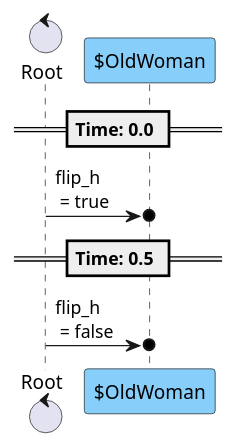
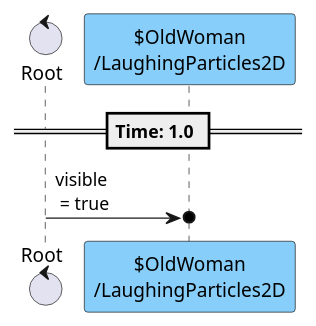
One commit to tkmfujise/Platformer-Game-Learning changed the sixth of 7 diagrams in content/scenes/src/dialogue/chapters/0/stage0.tscn.adoc. Above: the diagram before and after it, drawn with PlantUML. The commit also changed other lines of this file and 211 other files, not shown here.

```diff
--- a/content/scenes/src/dialogue/chapters/0/stage0.tscn.adoc
+++ b/content/scenes/src/dialogue/chapters/0/stage0.tscn.adoc
@@ -152,14 +243,12 @@
 [plantuml]
 ....
 control "Root" as R
-participant "$OldWoman" as T0 #87CEFA
+participant "$OldWoman\n/LaughingParticles2D" as T0 #87CEFA
 
 
 
-== Time: 0.0 ==
-R  ->o  T0 : flip_h\n = true
-== Time: 0.5 ==
-R  ->o  T0 : flip_h\n = false
+== Time: 1.0 ==
+R  ->o  T0 : visible\n = true
 
 
 ....
```
